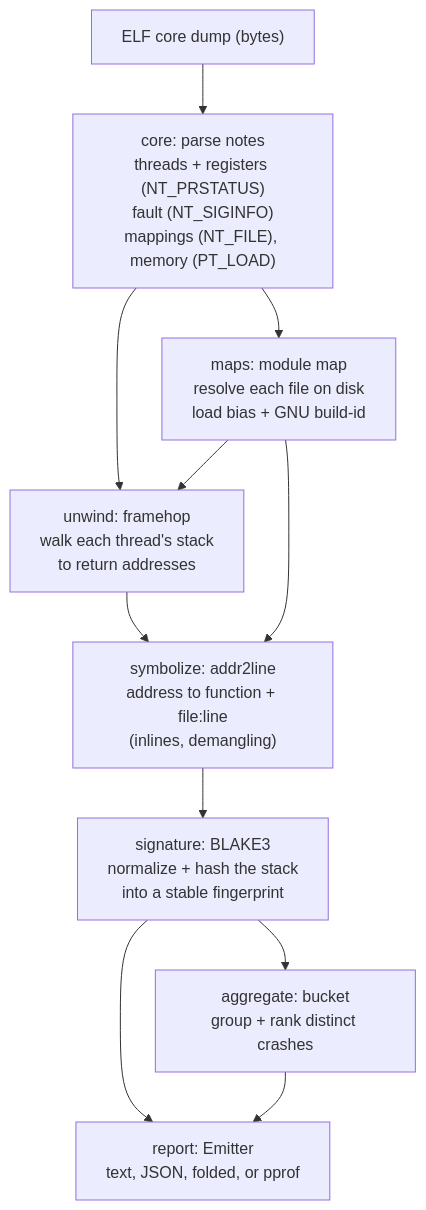
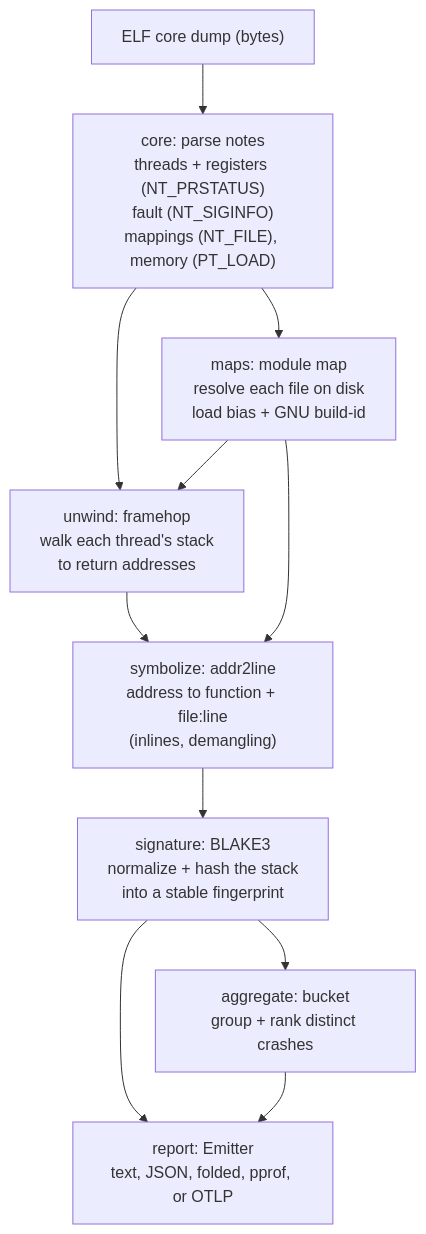
One commit to rolandjitsu/coretriage changed the diagram in docs/architecture.md. Above: the diagram before and after it, drawn with Mermaid. The commit also changed 5 other files, not shown here.

````diff
--- a/docs/architecture.md
+++ b/docs/architecture.md
@@ -12,15 +12,15 @@
 ```mermaid
 flowchart TD
     core["ELF core dump (bytes)"] --> parse
 
     parse["core: parse notes<br/>threads + registers (NT_PRSTATUS)<br/>fault (NT_SIGINFO)<br/>mappings (NT_FILE), memory (PT_LOAD)"]
     parse --> maps["maps: module map<br/>resolve each file on disk<br/>load bias + GNU build-id"]
     parse --> unwind
     maps --> unwind["unwind: framehop<br/>walk each thread's stack<br/>to return addresses"]
     unwind --> symbolize["symbolize: addr2line<br/>address to function + file:line<br/>(inlines, demangling)"]
     maps --> symbolize
     symbolize --> signature["signature: BLAKE3<br/>normalize + hash the stack<br/>into a stable fingerprint"]
-    signature --> report["report: Emitter<br/>text, JSON, folded, or pprof"]
+    signature --> report["report: Emitter<br/>text, JSON, folded, pprof, or OTLP"]
     signature --> aggregate["aggregate: bucket<br/>group + rank distinct crashes"]
     aggregate --> report
 ```
````
